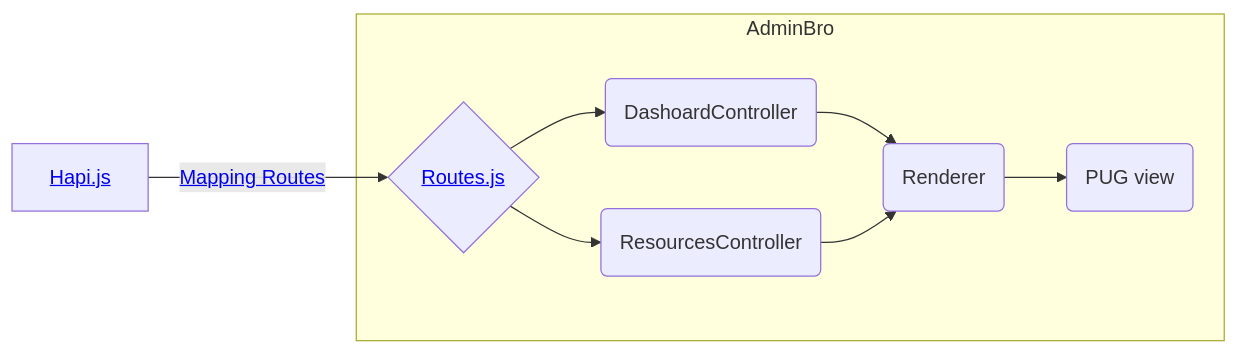
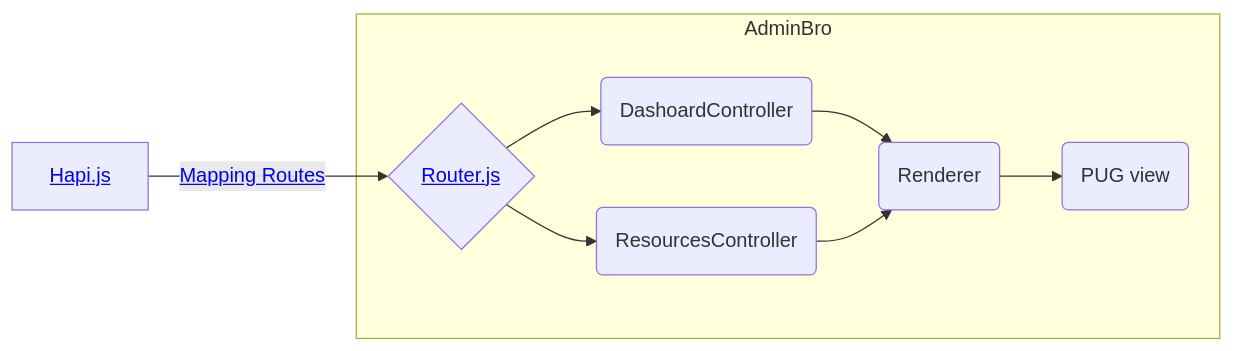
Before and after one commit to SoftwareBrothers/adminjs: the second of 3 diagrams in docs.md, drawn with Mermaid. The commit also changed 117 other files, not shown here.

```diff
--- a/docs.md
+++ b/docs.md
@@ -34,14 +34,14 @@
 <div class="mermaid">
   graph LR
   A[<a href=./examples_hapijs_index.js.html>Hapi.js</a>] -->|<a href=./admin_integrations_hapi.js.html>Mapping Routes</a>| B
   subgraph AdminBro
-  B{<a href=./Routes.html>Routes.js</a>}
+  B{<a href=./Router.html>Router.js</a>}
   B --> C(DashoardController)
   B --> D(ResourcesController)
   E(Renderer)
   C --> E
   D --> E
   F(PUG view)
   E --> F
   end
 </div>
```
